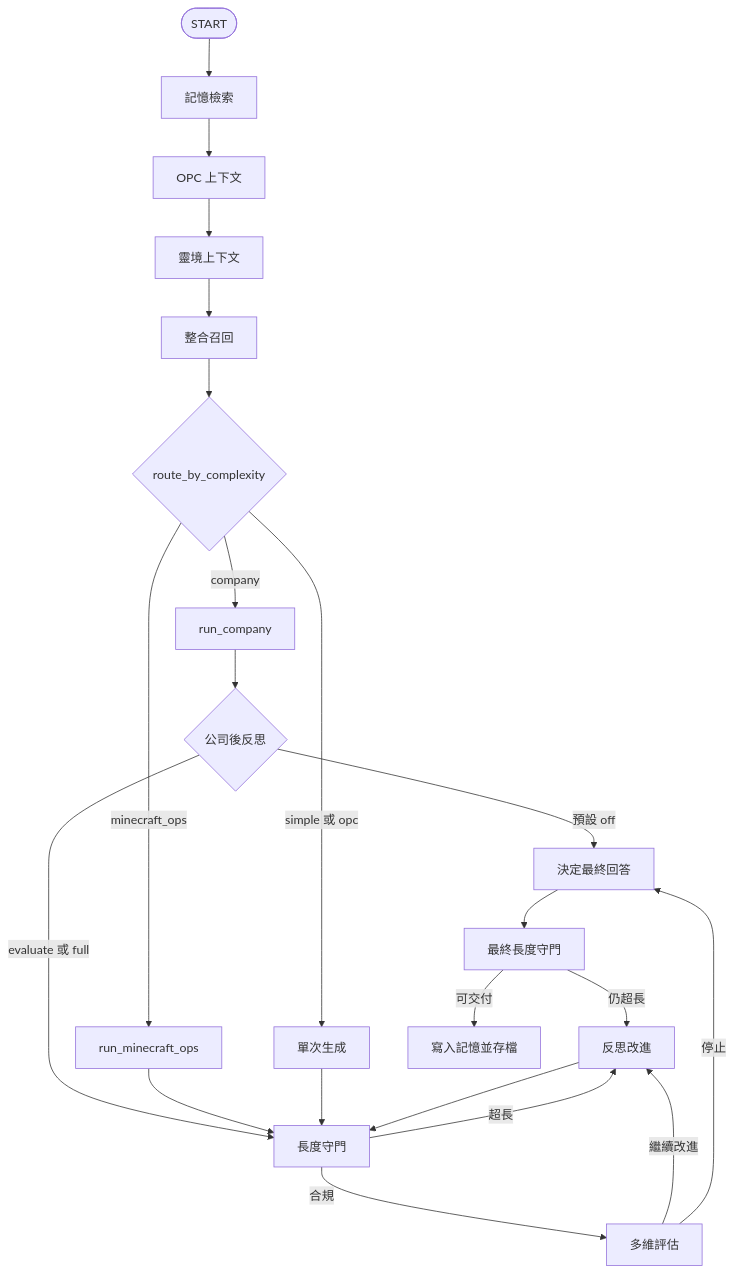
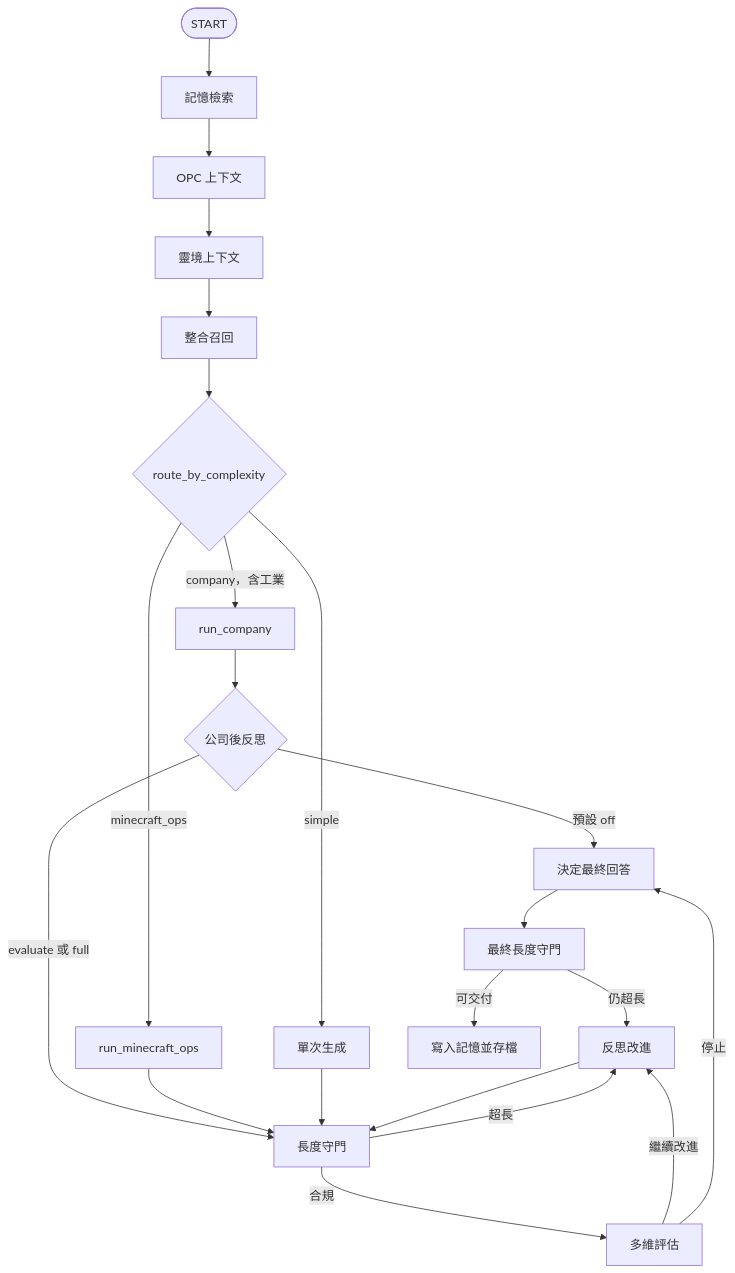
Before and after one commit to iiooiioo888/Linkin: the diagram in README.md, drawn with Mermaid. The commit also changed other lines of this file and 27 other files, not shown here.

````diff
--- a/README.md
+++ b/README.md
@@ -96,24 +96,24 @@
 ```mermaid
 flowchart TD
     START([START]) --> RM[記憶檢索]
     RM --> OPC[OPC 上下文]
     OPC --> LK[靈境上下文]
     LK --> RC[整合召回]
     RC --> ROUTE{route_by_complexity}
-    ROUTE -->|company| RUN[run_company]
+    ROUTE -->|company，含工業| RUN[run_company]
     ROUTE -->|minecraft_ops| MC[run_minecraft_ops]
-    ROUTE -->|simple 或 opc| GEN[單次生成]
+    ROUTE -->|simple| GEN[單次生成]
     RUN --> GATE{公司後反思}
     GATE -->|預設 off| DEC[決定最終回答]
     GATE -->|evaluate 或 full| LEN[長度守門]
     MC --> LEN
     GEN --> LEN
     LEN -->|超長| REFL[反思改進]
     LEN -->|合規| EVAL[多維評估]
     EVAL -->|繼續改進| REFL
     EVAL -->|停止| DEC
     REFL --> LEN
     DEC --> FIN[最終長度守門]
     FIN -->|仍超長| REFL
     FIN -->|可交付| SAVE[寫入記憶並存檔]
 ```
````
